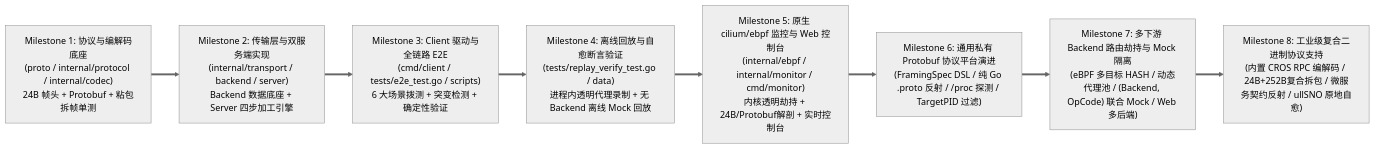
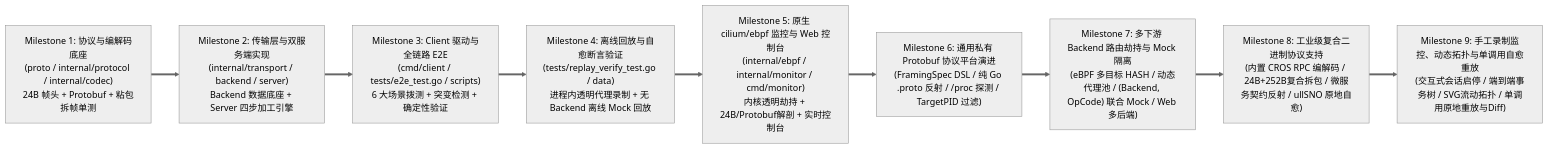
The diagram in docs/04-tasks/01-roadmap.md (fugui/flowbench), drawn with Mermaid (neutral theme) before and after one commit. The commit also changed other lines of this file and 14 other files, not shown here.

````diff
--- a/docs/04-tasks/01-roadmap.md
+++ b/docs/04-tasks/01-roadmap.md
@@ -19,13 +19,14 @@
 ```mermaid
 flowchart LR
     M1["Milestone 1: 协议与编解码底座<br/>(proto / internal/protocol / internal/codec)<br/>24B 帧头 + Protobuf + 粘包拆帧单测"]
     M2["Milestone 2: 传输层与双服务端实现<br/>(internal/transport / backend / server)<br/>Backend 数据底座 + Server 四步加工引擎"]
     M3["Milestone 3: Client 驱动与全链路 E2E<br/>(cmd/client / tests/e2e_test.go / scripts)<br/>6 大场景拨测 + 突变检测 + 确定性验证"]
     M4["Milestone 4: 离线回放与自愈断言验证<br/>(tests/replay_verify_test.go / data)<br/>进程内透明代理录制 + 无 Backend 离线 Mock 回放"]
     M5["Milestone 5: 原生 cilium/ebpf 监控与 Web 控制台<br/>(internal/ebpf / internal/monitor / cmd/monitor)<br/>内核透明劫持 + 24B/Protobuf解剖 + 实时控制台"]
     M6["Milestone 6: 通用私有 Protobuf 协议平台演进<br/>(FramingSpec DSL / 纯 Go .proto 反射 / /proc 探测 / TargetPID 过滤)"]
     M7["Milestone 7: 多下游 Backend 路由劫持与 Mock 隔离<br/>(eBPF 多目标 HASH / 动态代理池 / (Backend, OpCode) 联合 Mock / Web 多后端)"]
     M8["Milestone 8: 工业级复合二进制协议支持<br/>(内置 CROS RPC 编解码 / 24B+252B复合拆包 / 微服务契约反射 / ullSNO 原地自愈)"]
+    M9["Milestone 9: 手工录制监控、动态拓扑与单调用自愈重放<br/>(交互式会话启停 / 端到端事务树 / SVG流动拓扑 / 单调用原地重放与Diff)"]
 
-    M1 ==> M2 ==> M3 ==> M4 ==> M5 ==> M6 ==> M7 ==> M8
+    M1 ==> M2 ==> M3 ==> M4 ==> M5 ==> M6 ==> M7 ==> M8 ==> M9
 ```
````
